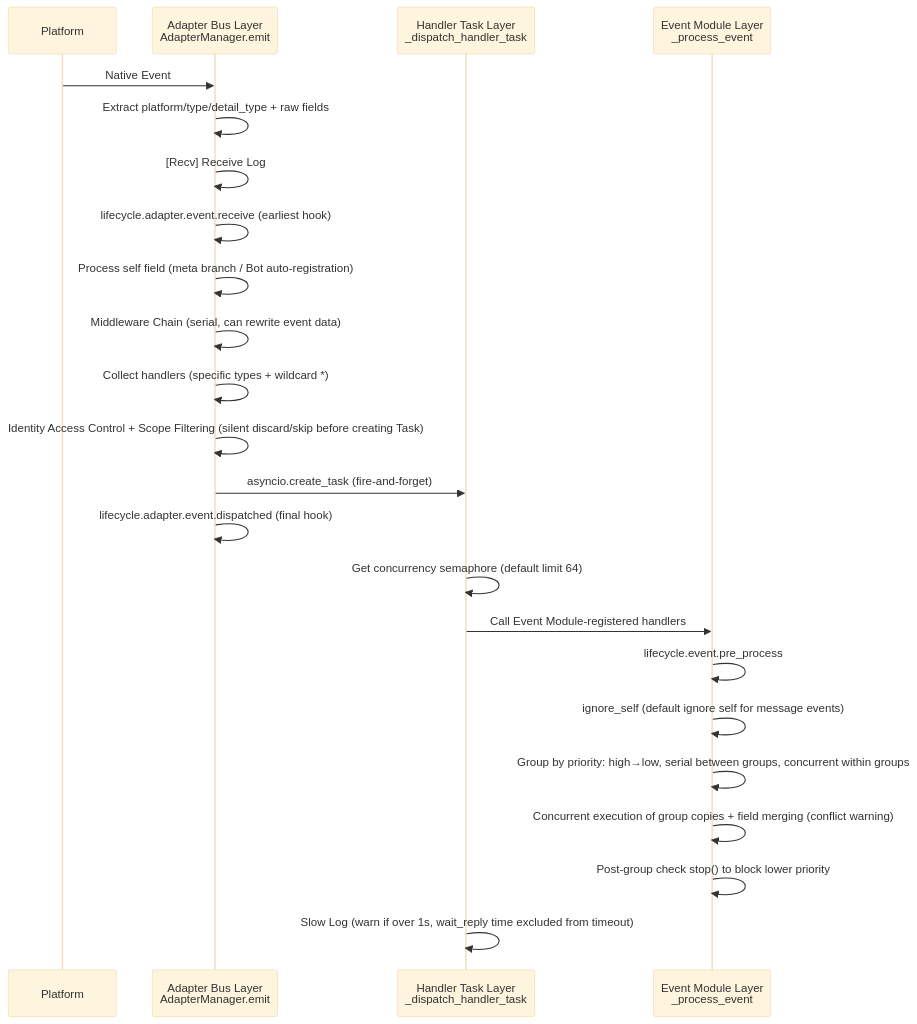
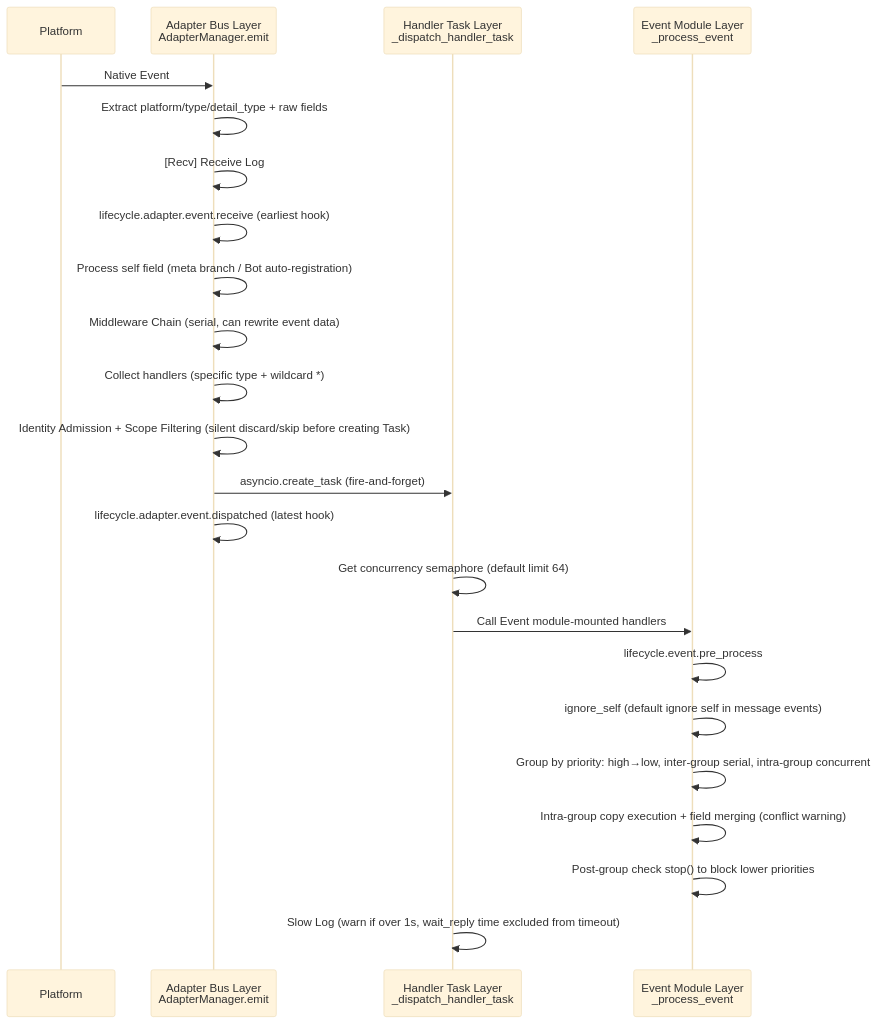
One commit to ErisPulse/ErisPulse changed the fourth of 9 diagrams in docs/en/architecture.md. Above: the diagram before and after it, drawn with Mermaid (base theme). The commit also changed other lines of this file and 622 other files, not shown here.

````diff
--- a/docs/en/architecture.md
+++ b/docs/en/architecture.md
@@ -113,26 +109,26 @@
 ```mermaid
 sequenceDiagram
     participant P as Platform
     participant A as Adapter Bus Layer<br/>AdapterManager.emit
     participant T as Handler Task Layer<br/>_dispatch_handler_task
     participant E as Event Module Layer<br/>_process_event
 
     P->>A: Native Event
     A->>A: Extract platform/type/detail_type + raw fields
     A->>A: [Recv] Receive Log
     A->>A: lifecycle.adapter.event.receive (earliest hook)
     A->>A: Process self field (meta branch / Bot auto-registration)
     A->>A: Middleware Chain (serial, can rewrite event data)
-    A->>A: Collect handlers (specific types + wildcard *)
-    A->>A: Identity Access Control + Scope Filtering (silent discard/skip before creating Task)
+    A->>A: Collect handlers (specific type + wildcard *)
+    A->>A: Identity Admission + Scope Filtering (silent discard/skip before creating Task)
     A->>T: asyncio.create_task (fire-and-forget)
-    A->>A: lifecycle.adapter.event.dispatched (final hook)
+    A->>A: lifecycle.adapter.event.dispatched (latest hook)
     T->>T: Get concurrency semaphore (default limit 64)
-    T->>E: Call Event Module-registered handlers
+    T->>E: Call Event module-mounted handlers
     E->>E: lifecycle.event.pre_process
-    E->>E: ignore_self (default ignore self for message events)
-    E->>E: Group by priority: high→low, serial between groups, concurrent within groups
-    E->>E: Concurrent execution of group copies + field merging (conflict warning)
-    E->>E: Post-group check stop() to block lower priority
+    E->>E: ignore_self (default ignore self in message events)
+    E->>E: Group by priority: high→low, inter-group serial, intra-group concurrent
+    E->>E: Intra-group copy execution + field merging (conflict warning)
+    E->>E: Post-group check stop() to block lower priorities
     T->>T: Slow Log (warn if over 1s, wait_reply time excluded from timeout)
 ```
````
